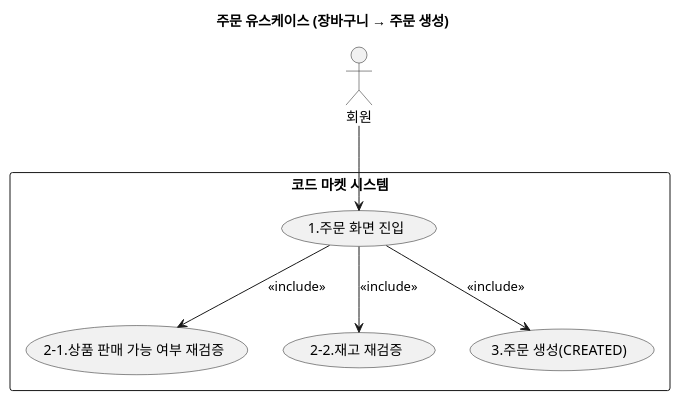
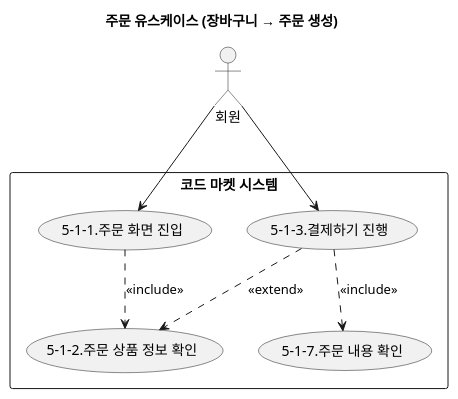
The diagram in docs/usecase/usecase_order.puml (f-lab-edu/code-market), drawn with PlantUML before and after one commit. The commit also changed 5 other files, not shown here.

Commit message:
docs(usecase): usecase 넘버링 수정 - 기존 세부 카테고리 사항까지 모두 넘버링 추가 유저 시나리오와 다이어그램 1:1 넘버 배핑

```diff
--- a/docs/usecase/usecase_order.puml
+++ b/docs/usecase/usecase_order.puml
@@ -1,20 +1,21 @@
 @startuml
 title 주문 유스케이스 (장바구니 → 주문 생성)
 
 actor "회원" as Member
 
 rectangle "코드 마켓 시스템" {
 '사용자 시나리오 (user_scenario.md 파일)의 기능별 시나리오 번호와 해당 다이어그램의 번호는 매핑되어 있습니다
-  usecase "1.주문 화면 진입" as UC_Order
-  usecase "2-1.상품 판매 가능 여부 재검증" as UC_RecheckSellable
-  usecase "2-2.재고 재검증" as UC_RecheckStock
-  usecase "3.주문 생성(CREATED)" as UC_CreateOrder
+  usecase "5-1-1.주문 화면 진입" as UC_Order
+  usecase "5-1-2.주문 상품 정보 확인" as UC_RecheckProducts
+  usecase "5-1-3.결제하기 진행" as UC_ProcessPayment
+  usecase "5-1-7.주문 내용 확인" as UC_CheckOrderInfo
 }
 
 Member --> UC_Order
+Member --> UC_ProcessPayment
 
-UC_Order --> UC_RecheckSellable : <<include>>
-UC_Order --> UC_RecheckStock : <<include>>
-UC_Order --> UC_CreateOrder : <<include>>
+UC_Order ..> UC_RecheckProducts : <<include>>
+UC_ProcessPayment ..> UC_RecheckProducts : <<extend>>
+UC_ProcessPayment ..> UC_CheckOrderInfo : <<include>>
 
 @enduml
```
